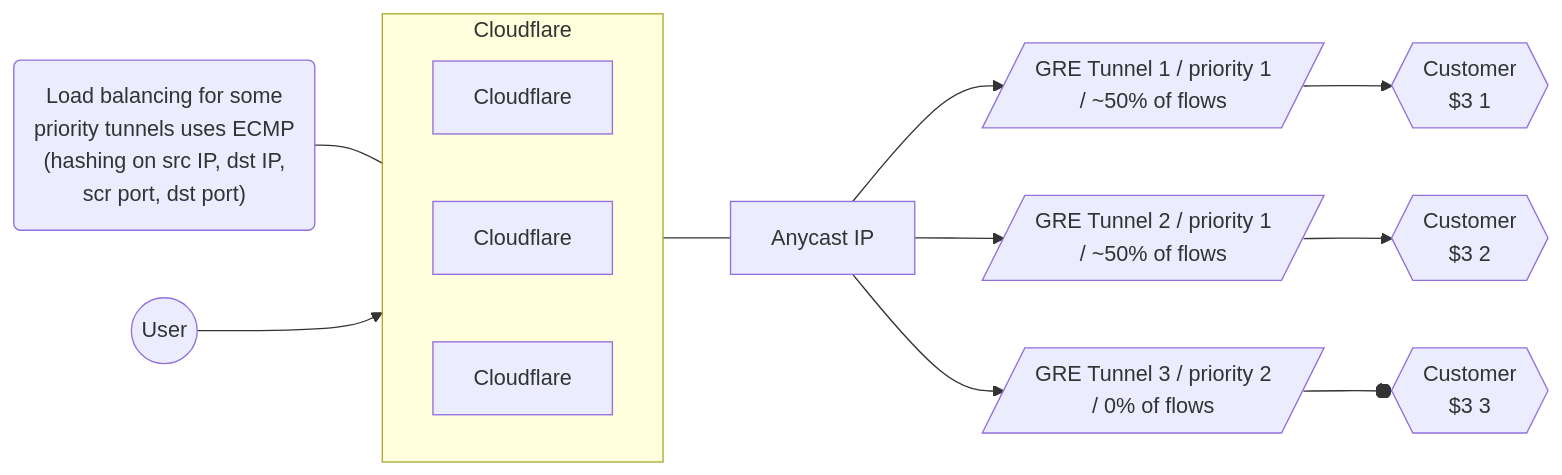
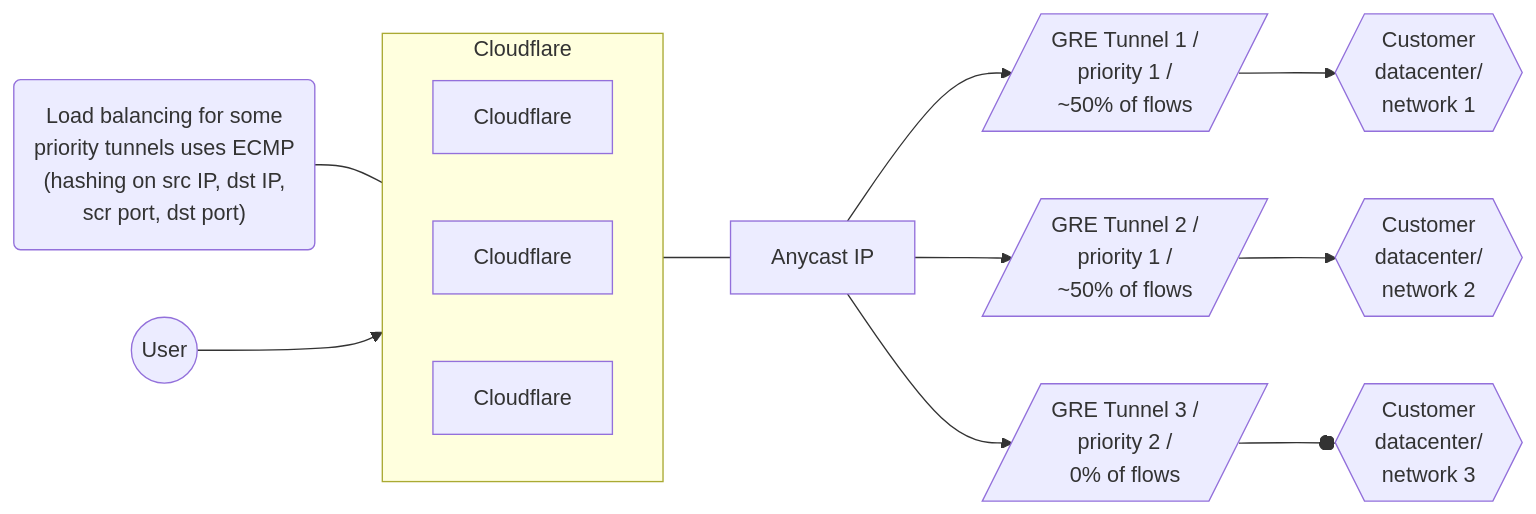
One commit to cloudflare/cloudflare-docs changed the second of 4 diagrams in content/magic-transit/_partials/_traffic-steering.md. Above: the diagram before and after it, drawn with Mermaid. The commit also changed other lines of this file, not shown here.

````diff
--- a/content/magic-transit/_partials/_traffic-steering.md
+++ b/content/magic-transit/_partials/_traffic-steering.md
@@ -61,18 +61,18 @@
 ```mermaid
 flowchart LR
 accTitle: Tunnels diagram
 accDescr: This example has three tunnel routes, with traffic equally distributed across two paths.
 
 subgraph Cloudflare
 direction LR
 B[Cloudflare]
 C[Cloudflare]
 D[Cloudflare]
 end
 
 Z("Load balancing for some <br> priority tunnels uses ECMP <br> (hashing on src IP, dst IP, <br> scr port, dst port)") --- Cloudflare
 A((User)) --> Cloudflare --- E[Anycast IP]
-E[Anycast IP] --> F[/"GRE Tunnel 1 / priority 1 <br> / ~50% of flows"/] --> I{{Customer <br> $3 1}}
-E[Anycast IP] --> G[/"GRE Tunnel 2 / priority 1 <br> / ~50% of flows"/] --> J{{Customer <br> $3 2}}
-E[Anycast IP] --> H[/GRE Tunnel 3 / priority 2 <br> / 0% of flows/] --o K{{Customer <br> $3 3}}
+E[Anycast IP] --> F[/"GRE Tunnel 1 / <br> priority 1 / <br> ~50% of flows"/] --> I{{Customer <br> datacenter/ <br> network 1}}
+E[Anycast IP] --> G[/"GRE Tunnel 2 / <br> priority 1 / <br> ~50% of flows"/] --> J{{Customer <br> datacenter/ <br> network 2}}
+E[Anycast IP] --> H[/GRE Tunnel 3 / <br> priority 2 / <br> 0% of flows/] --o K{{Customer <br> datacenter/ <br> network 3}}
 ```
````
